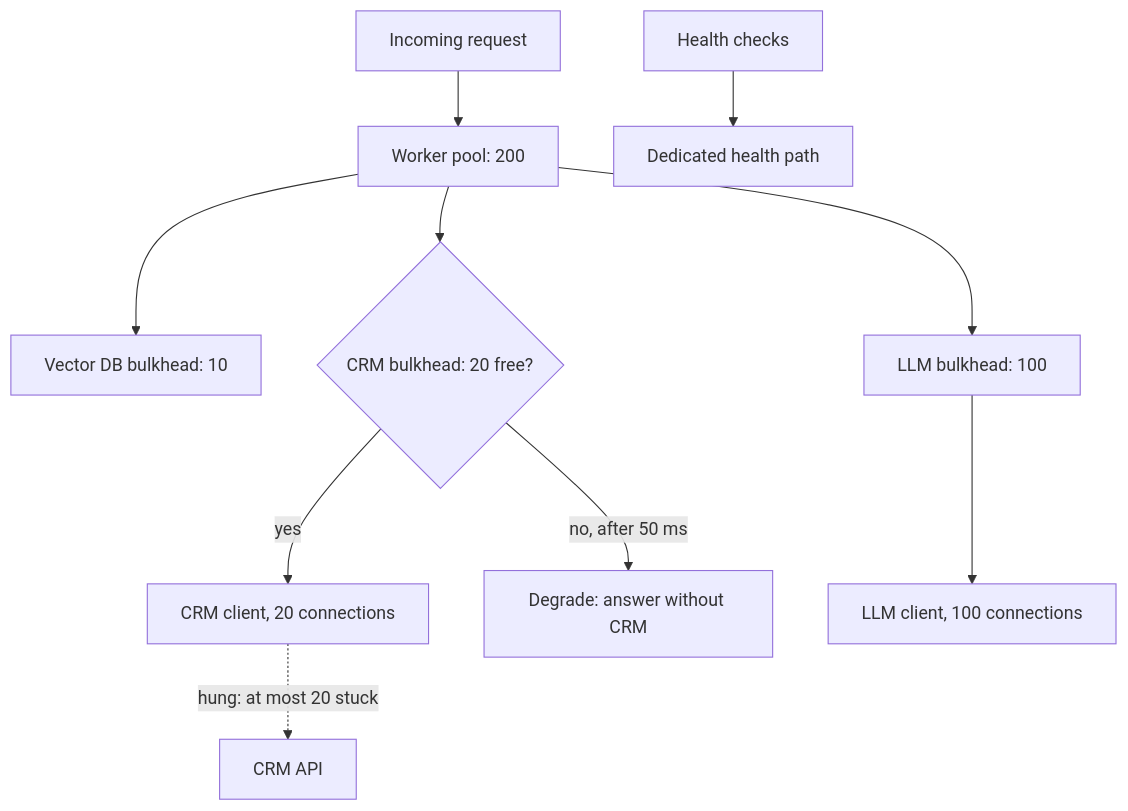
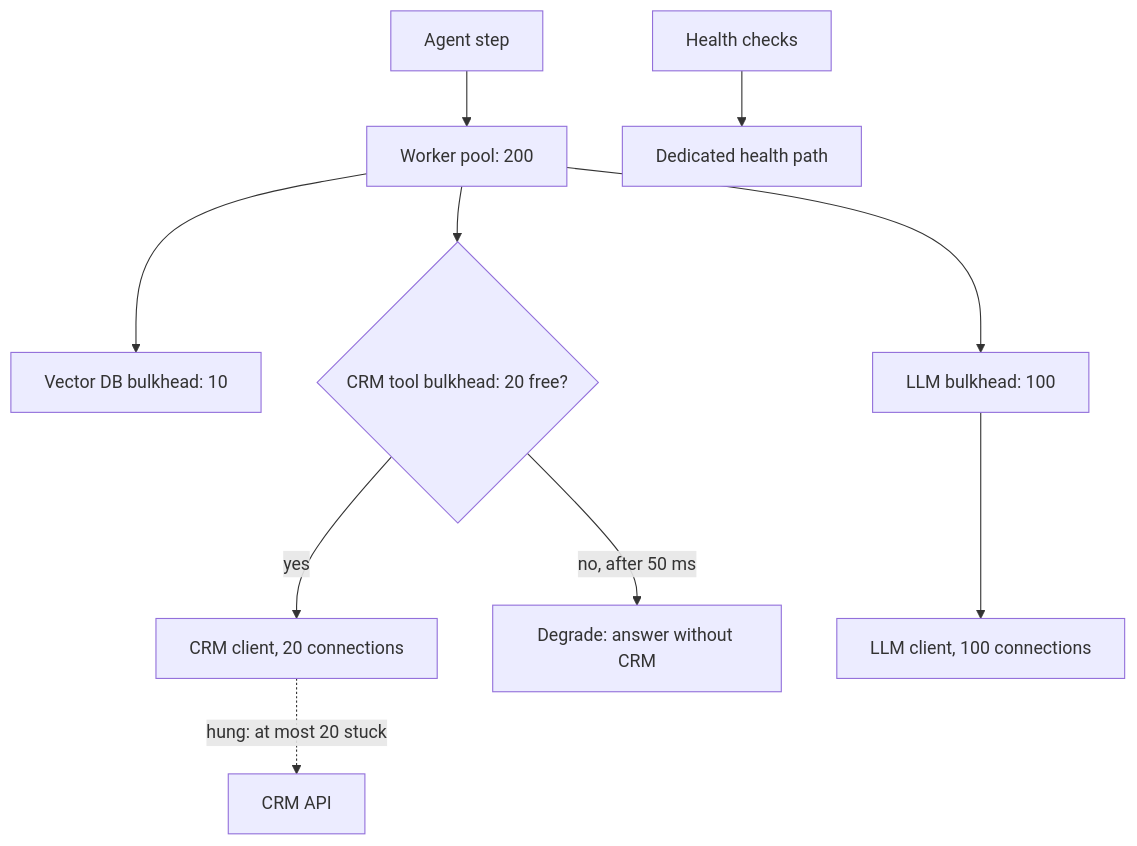
Before and after one commit to lovishmahajan97/agentic-learning: the diagram in content/reliability/bulkheads.md, drawn with Mermaid. The commit also changed other lines of this file and 485 other files, not shown here.

````diff
--- a/content/reliability/bulkheads.md
+++ b/content/reliability/bulkheads.md
@@ -117,12 +138,12 @@
 ```mermaid
 flowchart TD
-    R["Incoming request"] --> W["Worker pool: 200"]
+    R["Agent step"] --> W["Worker pool: 200"]
     H["Health checks"] --> HP["Dedicated health path"]
     W --> V["Vector DB bulkhead: 10"]
-    W --> C{"CRM bulkhead: 20 free?"}
+    W --> C{"CRM tool bulkhead: 20 free?"}
     W --> L["LLM bulkhead: 100"]
     C -->|"yes"| CC["CRM client, 20 connections"]
     C -->|"no, after 50 ms"| D["Degrade: answer without CRM"]
     L --> LC["LLM client, 100 connections"]
     CC -.->|"hung: at most 20 stuck"| X["CRM API"]
 ```
````
